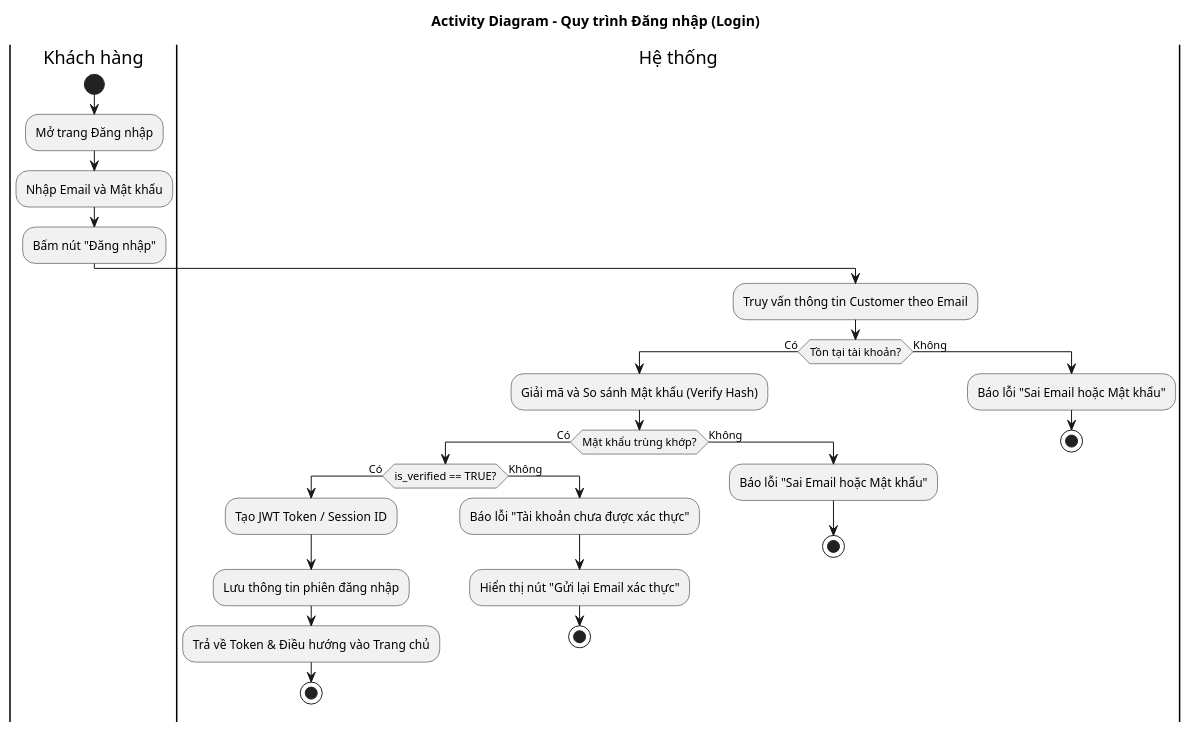
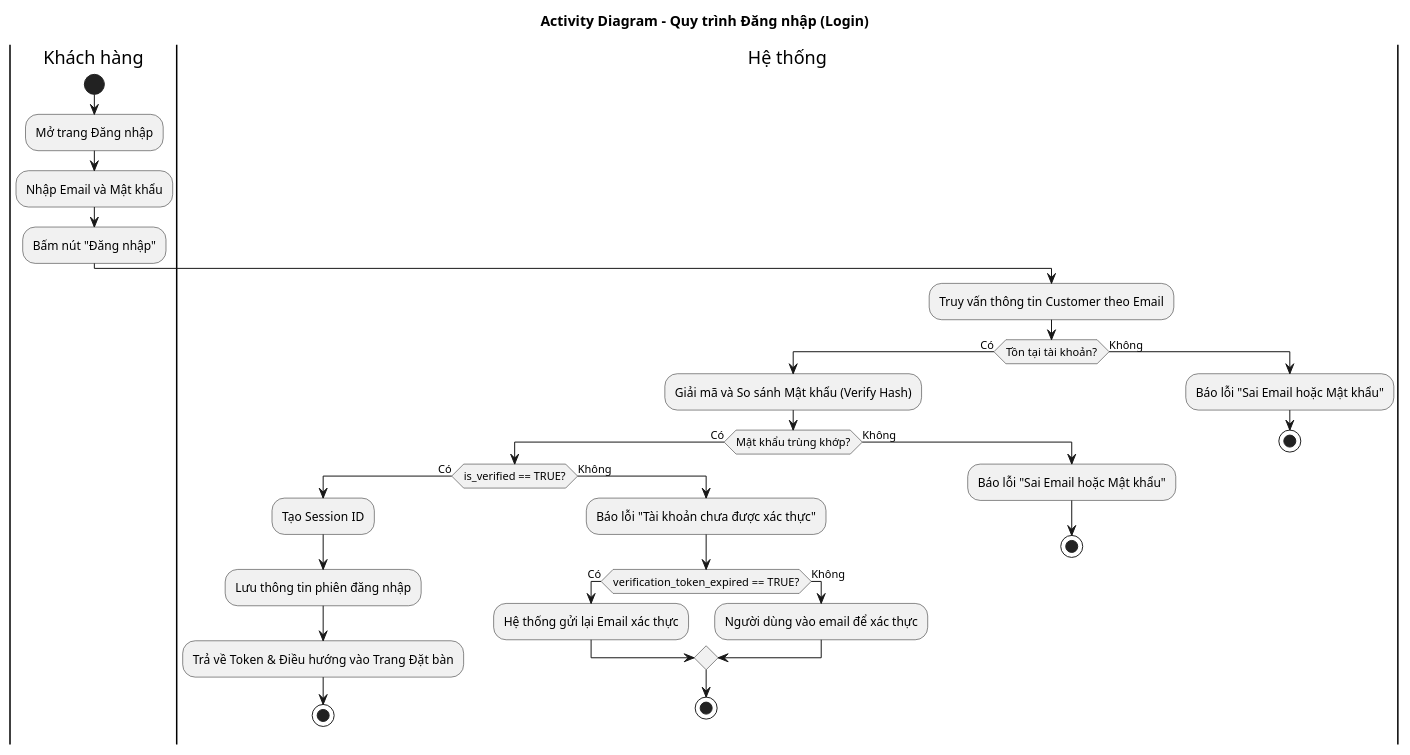
Before and after one commit to QuangLam0208/restaurant-reservation-system: the diagram in docs/uml/activity-login.puml, drawn with PlantUML. The commit also changed 1 other file, not shown here.

```diff
--- a/docs/uml/activity-login.puml
+++ b/docs/uml/activity-login.puml
@@ -1,38 +1,42 @@
 @startuml
 title Activity Diagram - Quy trình Đăng nhập (Login)
 skinparam conditionStyle inside
 
 |Khách hàng|
 start
 :Mở trang Đăng nhập;
 :Nhập Email và Mật khẩu;
 :Bấm nút "Đăng nhập";
 
 |Hệ thống|
 :Truy vấn thông tin Customer theo Email;
 if (Tồn tại tài khoản?) then (Có)
   :Giải mã và So sánh Mật khẩu (Verify Hash);
   if (Mật khẩu trùng khớp?) then (Có)
 
     ' Kiểm tra điều kiện xác thực Email
     if (is_verified == TRUE?) then (Có)
-      :Tạo JWT Token / Session ID;
+      :Tạo Session ID;
       :Lưu thông tin phiên đăng nhập;
-      :Trả về Token & Điều hướng vào Trang chủ;
+      :Trả về Token & Điều hướng vào Trang Đặt bàn;
       stop
     else (Không)
       :Báo lỗi "Tài khoản chưa được xác thực";
-      :Hiển thị nút "Gửi lại Email xác thực";
+      if (verification_token_expired == TRUE?) then (Có)
+        :Hệ thống gửi lại Email xác thực;
+      else (Không)
+        :Người dùng vào email để xác thực;
+      endif
       stop
     endif
 
   else (Không)
     :Báo lỗi "Sai Email hoặc Mật khẩu";
     stop
   endif
 else (Không)
   :Báo lỗi "Sai Email hoặc Mật khẩu";
   stop
 endif
 
 @enduml
```
